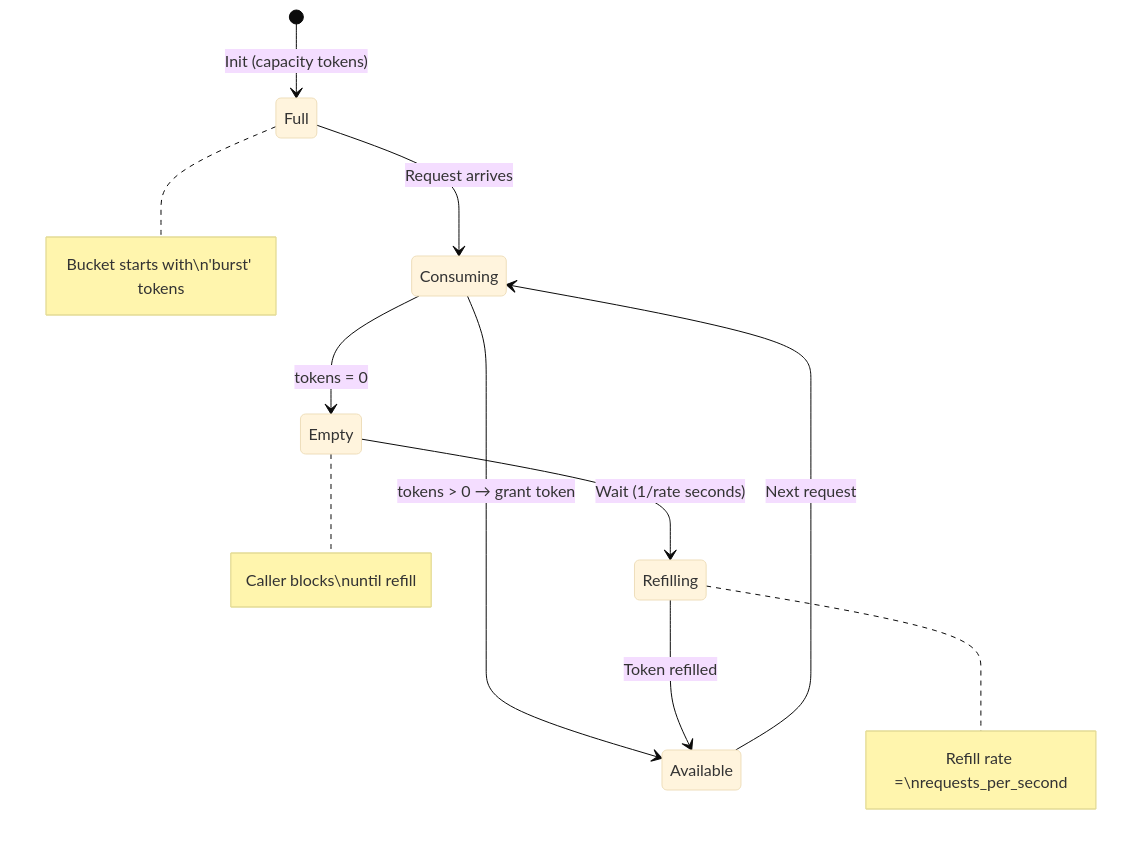
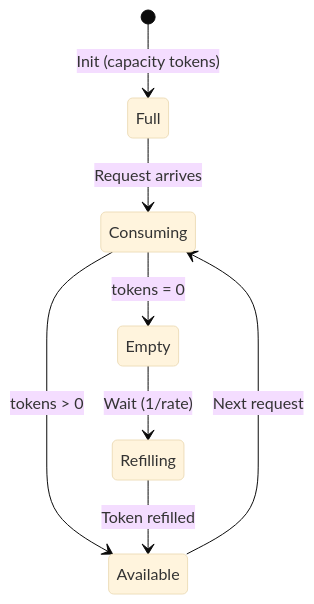
The sixth of 7 diagrams in docs/architecture.md (pankaj-kumar-techie/social-media-sdk), drawn with Mermaid (base theme) before and after one commit. The commit also changed other lines of this file and 8 other files, not shown here.

Commit message:
Refactor README for clarity and add detailed architecture documentation.

````diff
--- a/docs/architecture.md
+++ b/docs/architecture.md
@@ -255,16 +233,10 @@
 ```mermaid
 stateDiagram-v2
     [*] --> Full: Init (capacity tokens)
-
     Full --> Consuming: Request arrives
-    Consuming --> Available: tokens > 0 → grant token
+    Consuming --> Available: tokens > 0
     Available --> Consuming: Next request
-
     Consuming --> Empty: tokens = 0
-    Empty --> Refilling: Wait (1/rate seconds)
+    Empty --> Refilling: Wait (1/rate)
     Refilling --> Available: Token refilled
-
-    note right of Full: Bucket starts with\n'burst' tokens
-    note right of Empty: Caller blocks\nuntil refill
-    note right of Refilling: Refill rate =\nrequests_per_second
 ```
````
